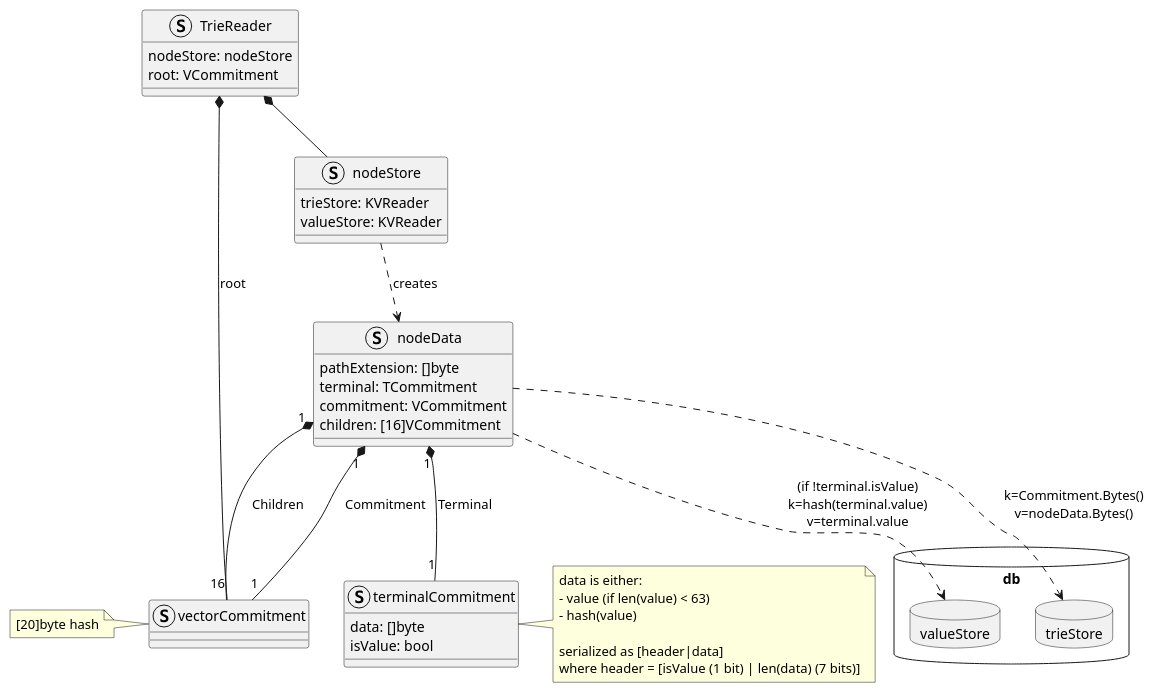
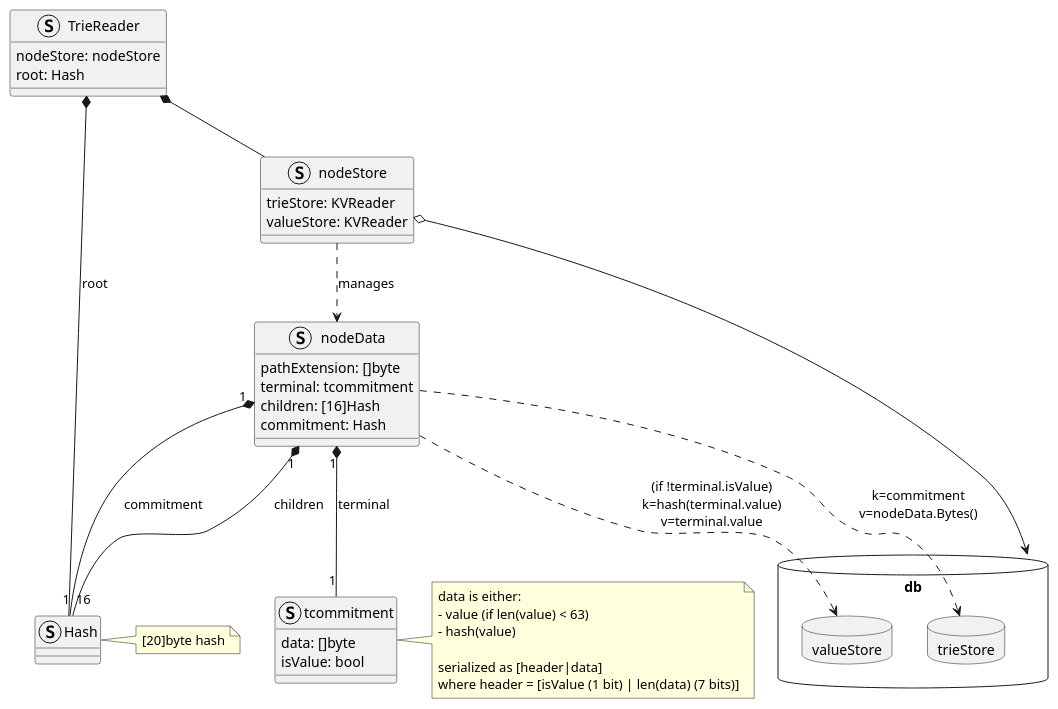
Before and after one commit to iotaledger/wasp: the diagram in packages/trie/doc/diagram.puml, drawn with PlantUML. The commit also changed 27 other files, not shown here.

Commit message:
trie: remove VCommitment, TCommitment interfaces (#1461)

```diff
--- a/packages/trie/doc/diagram.puml
+++ b/packages/trie/doc/diagram.puml
@@ -1,55 +1,56 @@
 @startuml
 struct TrieReader {
   nodeStore: nodeStore
-  root: VCommitment
+  root: Hash
 }
 
 struct nodeStore {
   trieStore: KVReader
   valueStore: KVReader
 }
 
 struct nodeData {
   {field} pathExtension: []byte
-  terminal: TCommitment
-  commitment: VCommitment
-  children: [16]VCommitment
+  terminal: tcommitment
+  children: [16]Hash
+  commitment: Hash
 }
 
-struct terminalCommitment {
+struct tcommitment {
   data: []byte
   isValue: bool
 }
 
-note right of terminalCommitment
+note right of tcommitment
   data is either:
   - value (if len(value) < 63)
   - hash(value)
   
   serialized as [header|data]
   where header = [isValue (1 bit) | len(data) (7 bits)]
 end note
 
-struct vectorCommitment {}
+struct Hash {}
 
-note left of vectorCommitment
+note right of Hash
   [20]byte hash
 end note
 
 package db <<Database>> {
   package valueStore <<Database>> {
   }
   package trieStore <<Database>> {
   }
 }
 
 TrieReader *-- nodeStore
-TrieReader *-- vectorCommitment: root
-nodeData ..> trieStore: "k=Commitment.Bytes()\nv=nodeData.Bytes()"
+TrieReader *-- Hash: root
+nodeData ..> trieStore: "k=commitment\nv=nodeData.Bytes()"
 nodeData ..> valueStore: "(if !terminal.isValue)\nk=hash(terminal.value)\nv=terminal.value"
-nodeData "1" *-- "1" terminalCommitment: Terminal
-nodeData "1" *-- "1" vectorCommitment: Commitment
-nodeData "1" *-- "16" vectorCommitment: Children
-nodeStore ..> nodeData: creates
+nodeData "1" *-- "1" tcommitment: terminal
+nodeData "1" *-- "1" Hash: commitment
+nodeData "1" *-- "16" Hash: children
+nodeStore ..> nodeData: manages
+nodeStore o--> db
 
 @enduml
```
